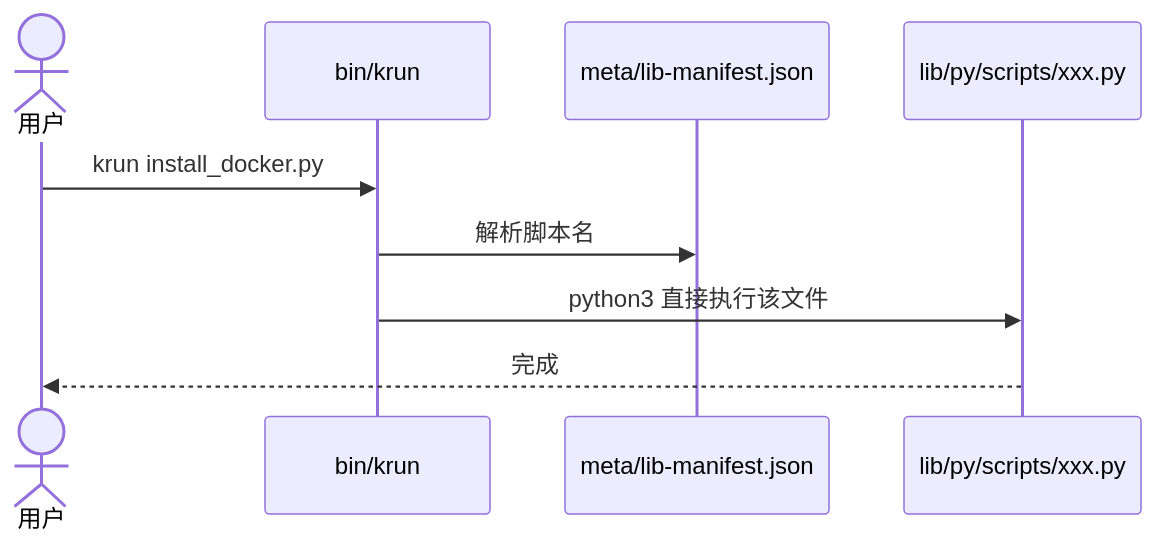
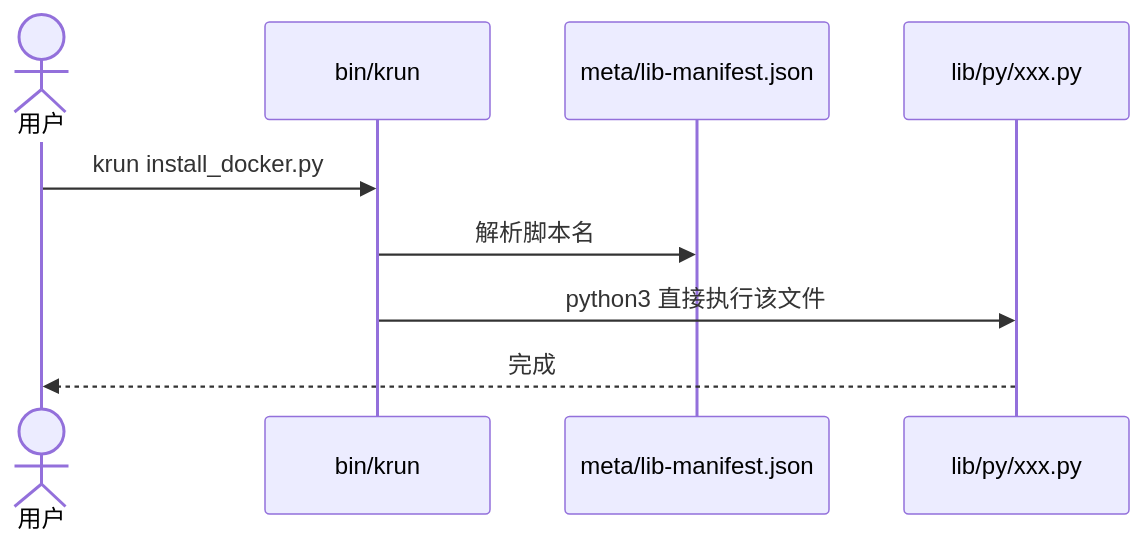
Before and after one commit to kevin197011/krun: the second of 4 diagrams in README.md, drawn with Mermaid. The commit also changed other lines of this file and 170 other files, not shown here.

````diff
--- a/README.md
+++ b/README.md
@@ -71,12 +71,12 @@
 ```mermaid
 sequenceDiagram
     actor U as 用户
     participant K as bin/krun
     participant M as meta/lib-manifest.json
-    participant S as lib/py/scripts/xxx.py
+    participant S as lib/py/xxx.py
 
     U->>K: krun install_docker.py
     K->>M: 解析脚本名
     K->>S: python3 直接执行该文件
     S-->>U: 完成
 ```
````
